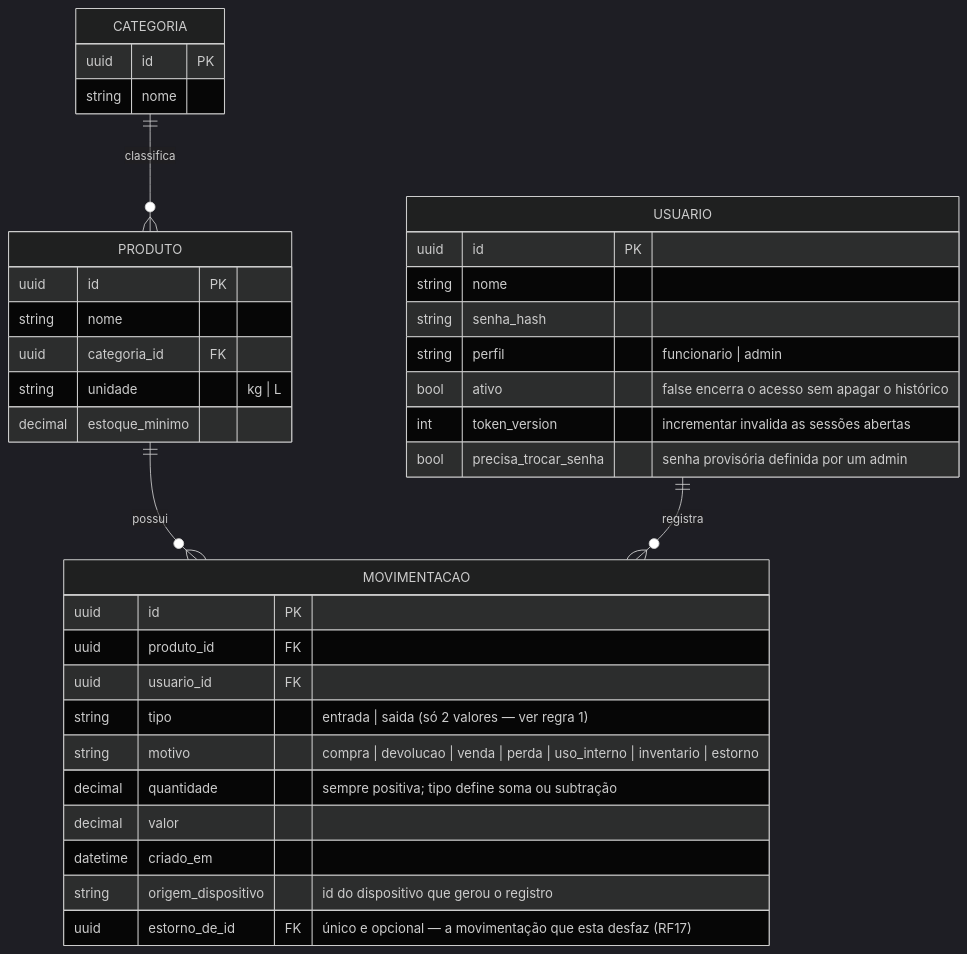
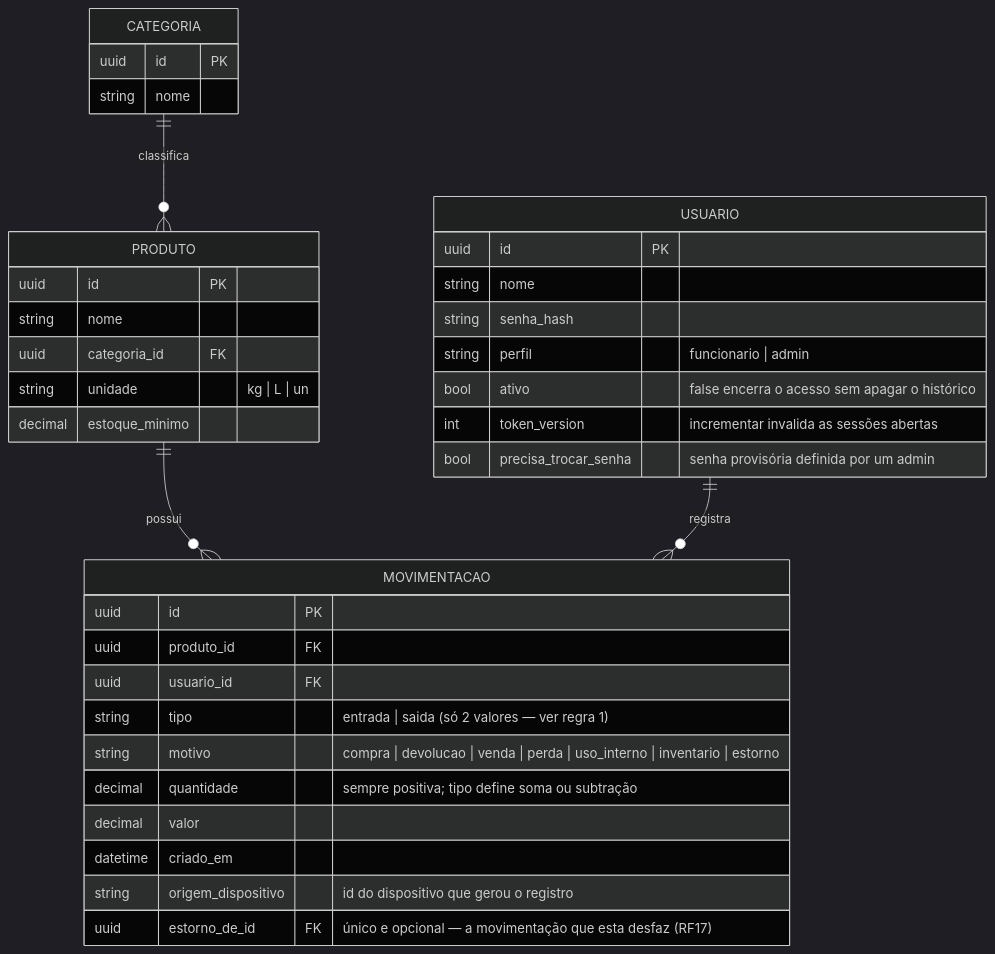
Before and after one commit to SergioGuthyerres/CONTROLE-ESTOQUE: the diagram in docs/especificacao-requisitos.md, drawn with Mermaid (dark theme). The commit also changed other lines of this file and 7 other files, not shown here.

````diff
--- a/docs/especificacao-requisitos.md
+++ b/docs/especificacao-requisitos.md
@@ -45,39 +45,39 @@
 ```mermaid
 erDiagram
     USUARIO {
         uuid id PK
         string nome
         string senha_hash
         string perfil "funcionario | admin"
         bool ativo "false encerra o acesso sem apagar o histórico"
         int token_version "incrementar invalida as sessões abertas"
         bool precisa_trocar_senha "senha provisória definida por um admin"
     }
     CATEGORIA {
         uuid id PK
         string nome
     }
     PRODUTO {
         uuid id PK
         string nome
         uuid categoria_id FK
-        string unidade "kg | L"
+        string unidade "kg | L | un"
         decimal estoque_minimo
     }
     MOVIMENTACAO {
         uuid id PK
         uuid produto_id FK
         uuid usuario_id FK
         string tipo "entrada | saida (só 2 valores — ver regra 1)"
         string motivo "compra | devolucao | venda | perda | uso_interno | inventario | estorno"
         decimal quantidade "sempre positiva; tipo define soma ou subtração"
         decimal valor
         datetime criado_em
         string origem_dispositivo "id do dispositivo que gerou o registro"
         uuid estorno_de_id FK "único e opcional — a movimentação que esta desfaz (RF17)"
     }
 
     CATEGORIA ||--o{ PRODUTO : classifica
     PRODUTO ||--o{ MOVIMENTACAO : possui
     USUARIO ||--o{ MOVIMENTACAO : registra
 ```
````
